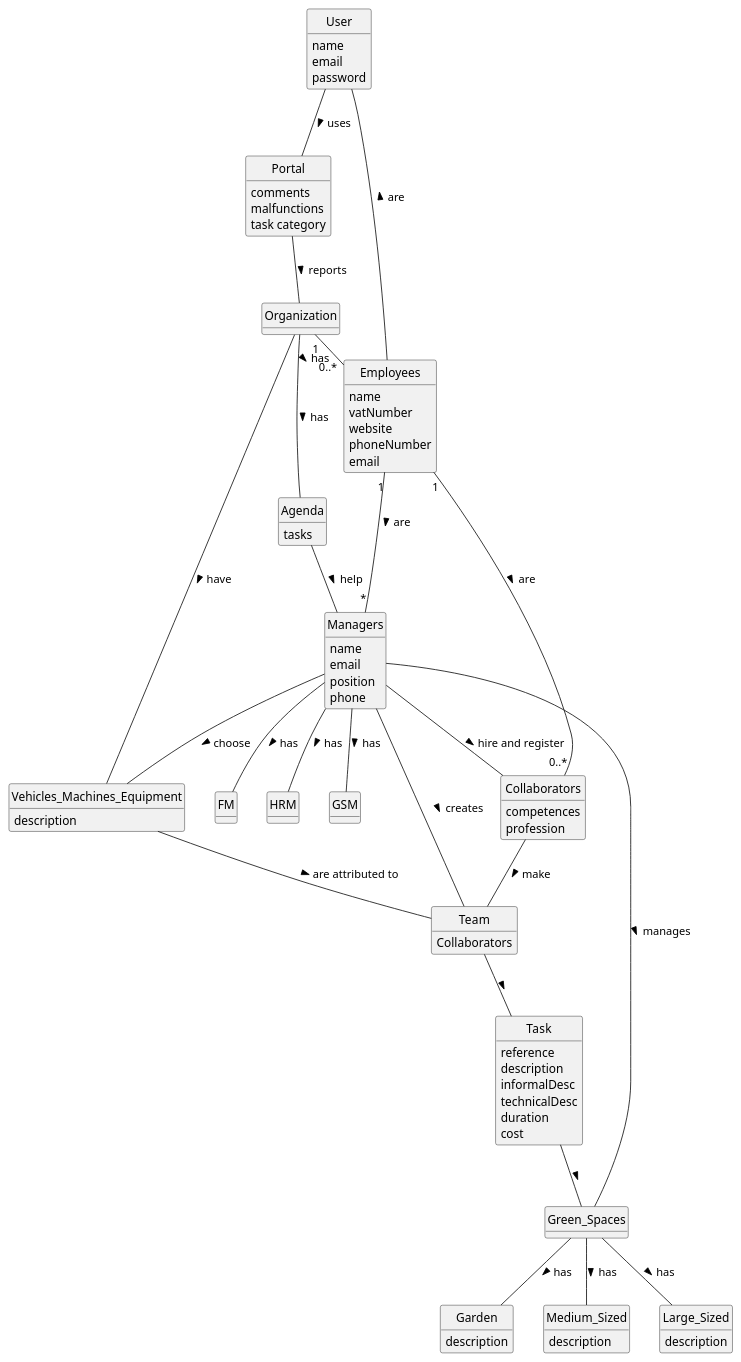
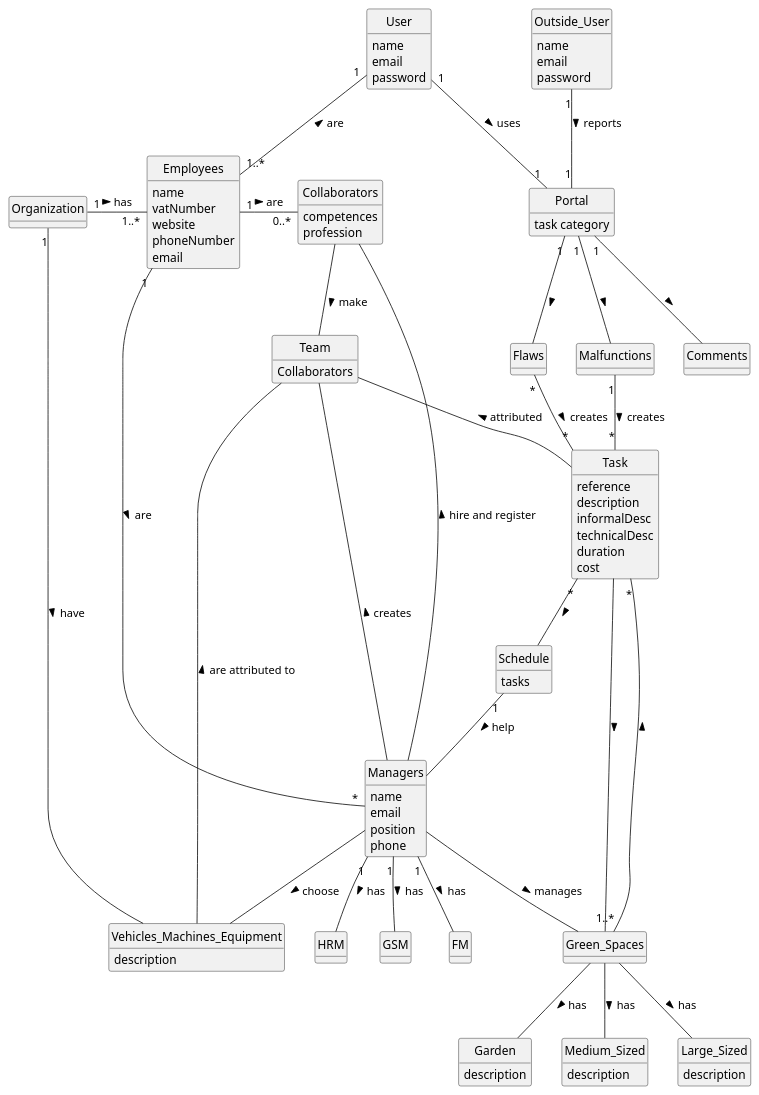
Before and after one commit to Departamento-de-Engenharia-Informatica/lei-24-s2-1df-1de-g063: the diagram in docs/sprintA/global-artifacts/02.analysis/puml/project-domain-model.puml, drawn with PlantUML. The commit also changed 4 other files, not shown here.

```diff
--- a/docs/sprintA/global-artifacts/02.analysis/puml/project-domain-model.puml
+++ b/docs/sprintA/global-artifacts/02.analysis/puml/project-domain-model.puml
@@ -1,113 +1,117 @@
     @startuml
 skinparam monochrome true
 skinparam packageStyle rectangle
 skinparam shadowing false
 'skinparam linetype ortho
 'left to right direction
 skinparam classAttributeIconSize 0
 hide circle
 hide methods
-
-'title Domain Model
-
-'class Platform {
-'  -description
-'}
+class Outside_User{
+    name
+    email
+    password
+}
 class Portal{
-    comments
-    malfunctions
     task category
 }
-class Agenda{
+class Malfunctions{}
+class Flaws{}
+class Comments{}
+class Schedule{
     tasks
 }
 class Garden{
     description
 }
 class Medium_Sized{
     description
 }
 class Large_Sized{
     description
 }
 class Vehicles_Machines_Equipment{
     description
 }
 class FM{
 }
 class HRM{
 }
 class GSM{
 }
 class Green_Spaces{
 
 }
 class Team{
     Collaborators
 }
 
 class Collaborators{
     competences
     profession
 }
 class Employees {
     name
     vatNumber
     website
     phoneNumber
     email
 }
 
 class Task {
     reference
     description
     informalDesc
     technicalDesc
     duration
     cost
 }
 class Managers {
     name
     email
     position
     phone
 }
 class User {
     name
     email
     password
 }
 class Organization{
 
 }
 'Platform "1" -- "*" Organization : has registered >
 'Platform "1" -- "*" Category : defines >
-Organization "1" - "0..*" Employees : has >
+Organization "1" - "1..*" Employees : has >
 Employees "1" - "0..*" Collaborators: are >
 'Task "*" -- "1" Employees: created by >
 Employees "1" -- "*" Managers : are >
 'Employees "0..1" -- "1" User: acts as >
 Collaborators -- Team : make >
-Team -- Task :  >
+Team -- Task : attributed <
 Task -- Green_Spaces:  >
-Managers -- GSM: has >
-Managers -- HRM: has >
-Managers -- FM: has >
+Managers "1" -- GSM: has >
+Managers "1" -- HRM: has >
+Managers "1" -- FM: has >
 Managers -- Team: creates >
 Managers -- Green_Spaces: manages >
 Green_Spaces -- Garden: has >
 Green_Spaces -- Medium_Sized: has >
 Green_Spaces -- Large_Sized: has >
 Vehicles_Machines_Equipment -- Team: are attributed to >
 Managers -- Collaborators: hire and register >
-Organization -- Vehicles_Machines_Equipment: have >
+Organization "1"-- Vehicles_Machines_Equipment: have >
 Managers -- Vehicles_Machines_Equipment: choose >
-Organization -- Agenda: has >
-Agenda -- Managers: help >
-Portal -- Organization: reports >
-User -- Portal: uses >
-User -- Employees: are <
-
-
+Malfunctions "1"-- "*"Task:creates >
+Flaws "*" -- "*" Task : creates >
+Green_Spaces "1..*" -- "*"Task:>
+Task "*" -- Schedule :>
+Schedule "1" -- Managers: help >
+User "1" -- "1" Portal: uses >
+User "1"-- "1..*"Employees: are <
+Outside_User "1" -- "1" Portal : reports >
+Portal "1" -- Malfunctions:>
+Portal "1" -- Flaws:>
+Portal "1" -- Comments:>
 
 @enduml
```
